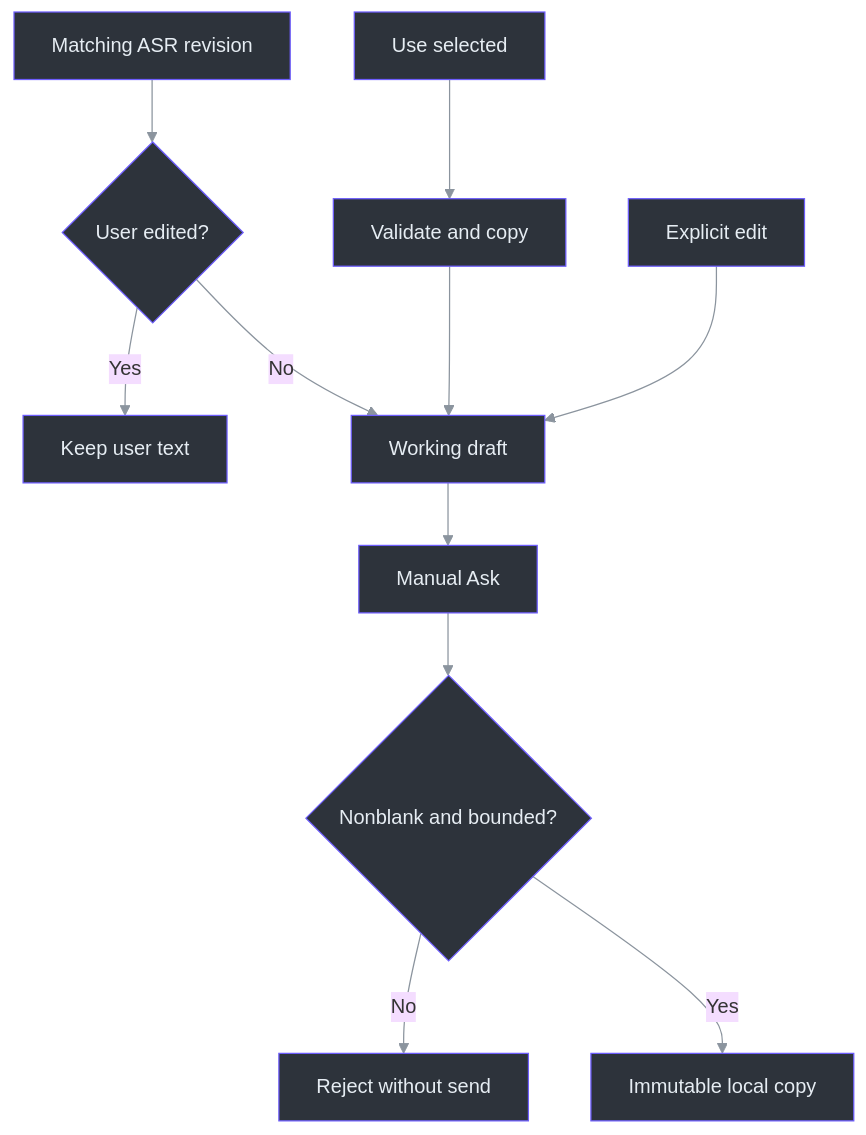
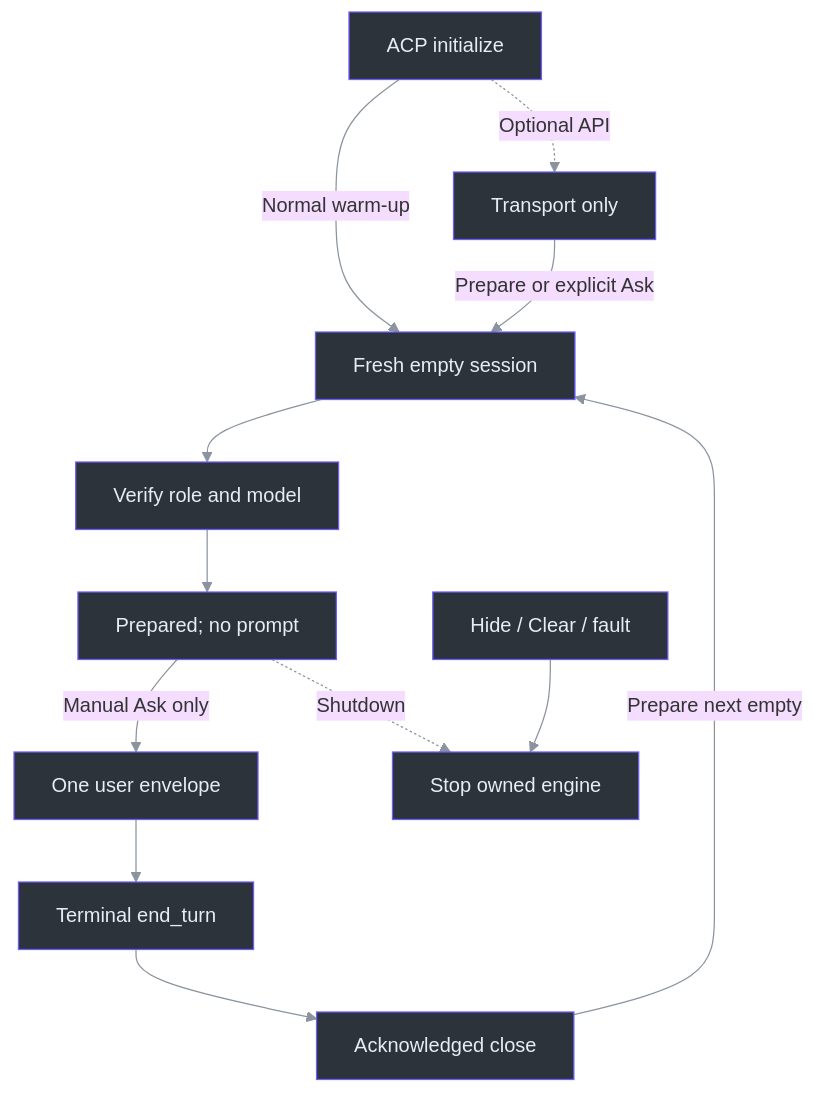
The second of 2 diagrams in docs/AI-ANSWER-ARCHITECTURE.md (Zanark/phantom-fudge), drawn with Mermaid before and after one commit. The commit also changed other lines of this file and 371 other files, not shown here.

````diff
--- a/docs/AI-ANSWER-ARCHITECTURE.md
+++ b/docs/AI-ANSWER-ARCHITECTURE.md
@@ -252,34 +367,34 @@
 ```mermaid
 ---
 config:
   theme: base
   themeVariables:
     lineColor: "#8b949e"
     textColor: "#e6edf3"
 ---
 flowchart TB
-    accTitle: Implemented local draft ownership and Freeze
-    accDescr: Explicit selection copies records into a draft. Recognition refresh stops after a user edit; manual Ask copies a local snapshot that later changes cannot mutate.
-    Select["Use selected"] --> Copy["Validate and copy"]
-    Copy --> Draft["Working draft"]
-    ASR["Matching ASR revision"] --> Guard{"User edited?"}
-    Guard -->|No| Draft
-    Guard -->|Yes| Retain["Keep user text"]
-    Edit["Explicit edit"] --> Draft
-    Draft --> Ask["Manual Ask"]
-    Ask --> Validate{"Nonblank and bounded?"}
-    Validate -->|Yes| Snapshot["Immutable local copy"]
-    Validate -->|No| Reject["Reject without send"]
-    style Select fill:#2d333b,stroke:#6d5dfc,color:#e6edf3
-    style Copy fill:#2d333b,stroke:#6d5dfc,color:#e6edf3
-    style Draft fill:#2d333b,stroke:#6d5dfc,color:#e6edf3
-    style ASR fill:#2d333b,stroke:#6d5dfc,color:#e6edf3
-    style Guard fill:#2d333b,stroke:#6d5dfc,color:#e6edf3
-    style Retain fill:#2d333b,stroke:#6d5dfc,color:#e6edf3
-    style Edit fill:#2d333b,stroke:#6d5dfc,color:#e6edf3
-    style Ask fill:#2d333b,stroke:#6d5dfc,color:#e6edf3
-    style Validate fill:#2d333b,stroke:#6d5dfc,color:#e6edf3
-    style Snapshot fill:#2d333b,stroke:#6d5dfc,color:#e6edf3
-    style Reject fill:#2d333b,stroke:#6d5dfc,color:#e6edf3
+    accTitle: One cached ACP engine and fresh question sessions
+    accDescr: Normal startup initializes ACP and prepares one empty session without a model prompt. A separate optional API stops at transport readiness. Only manual Ask sends question data; completed sessions close before another empty one is prepared.
+    Engine["ACP initialize"] -->|Normal warm-up| Empty["Fresh empty session"]
+    Engine -. Optional API .-> Transport["Transport only"]
+    Transport -->|Prepare or explicit Ask| Empty
+    Empty --> Verify["Verify role and model"]
+    Verify --> Ready["Prepared; no prompt"]
+    Ready -->|Manual Ask only| Prompt["One user envelope"]
+    Prompt --> End["Terminal end_turn"]
+    End --> Close["Acknowledged close"]
+    Close -->|Prepare next empty| Empty
+    StopEvent["Hide / Clear / fault"] --> Stop["Stop owned engine"]
+    Ready -. Shutdown .-> Stop
+    style Engine fill:#2d333b,stroke:#6d5dfc,color:#e6edf3
+    style Transport fill:#2d333b,stroke:#6d5dfc,color:#e6edf3
+    style Empty fill:#2d333b,stroke:#6d5dfc,color:#e6edf3
+    style Verify fill:#2d333b,stroke:#6d5dfc,color:#e6edf3
+    style Ready fill:#2d333b,stroke:#6d5dfc,color:#e6edf3
+    style Prompt fill:#2d333b,stroke:#6d5dfc,color:#e6edf3
+    style End fill:#2d333b,stroke:#6d5dfc,color:#e6edf3
+    style Close fill:#2d333b,stroke:#6d5dfc,color:#e6edf3
+    style StopEvent fill:#2d333b,stroke:#6d5dfc,color:#e6edf3
+    style Stop fill:#2d333b,stroke:#6d5dfc,color:#e6edf3
     linkStyle default stroke:#8b949e
 ```
````
